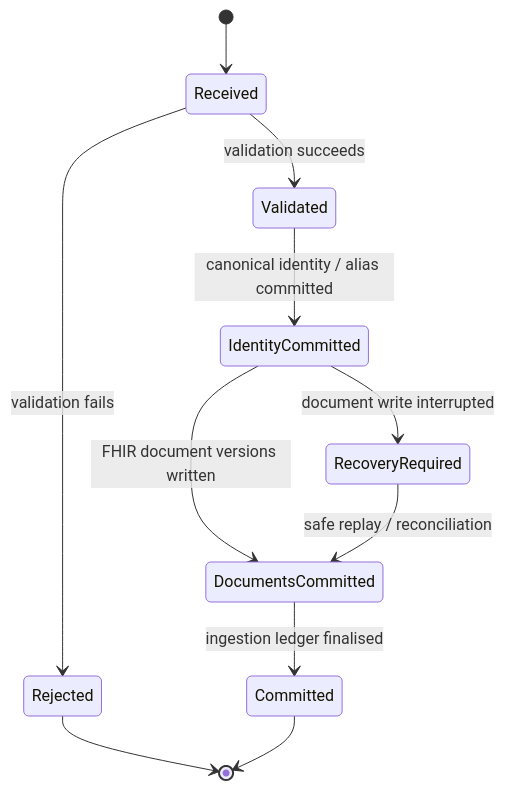
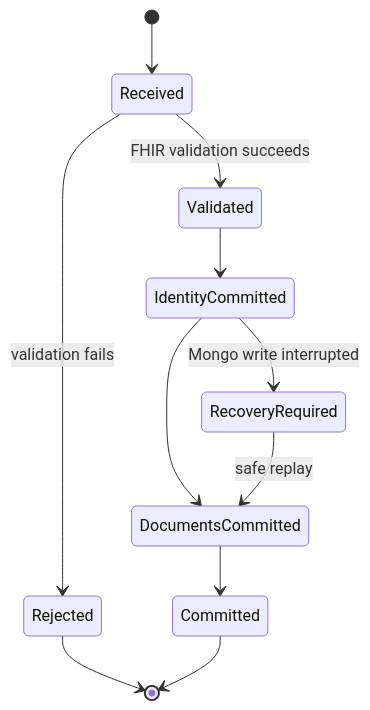
Before and after one commit to DiogoRibeiro7/sns-patient-360: the fifth of 6 diagrams in docs/architecture/ingestion-persistence.md, drawn with Mermaid. The commit also changed other lines of this file, not shown here.

Commit message:
docs: update persistence diagrams for DICOM imaging plane

````diff
--- a/docs/architecture/ingestion-persistence.md
+++ b/docs/architecture/ingestion-persistence.md
@@ -127,14 +138,13 @@
 ```mermaid
 stateDiagram-v2
     [*] --> Received
-    Received --> Validated: validation succeeds
+    Received --> Validated: FHIR validation succeeds
     Received --> Rejected: validation fails
-    Validated --> IdentityCommitted: canonical identity / alias committed
-    IdentityCommitted --> DocumentsCommitted: FHIR document versions written
-    DocumentsCommitted --> Committed: ingestion ledger finalised
-
-    IdentityCommitted --> RecoveryRequired: document write interrupted
-    RecoveryRequired --> DocumentsCommitted: safe replay / reconciliation
+    Validated --> IdentityCommitted
+    IdentityCommitted --> DocumentsCommitted
+    DocumentsCommitted --> Committed
+    IdentityCommitted --> RecoveryRequired: Mongo write interrupted
+    RecoveryRequired --> DocumentsCommitted: safe replay
     Rejected --> [*]
     Committed --> [*]
 ```
````
